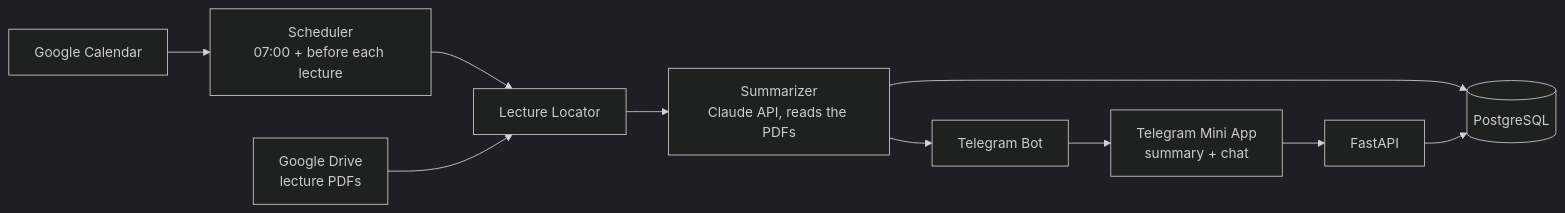
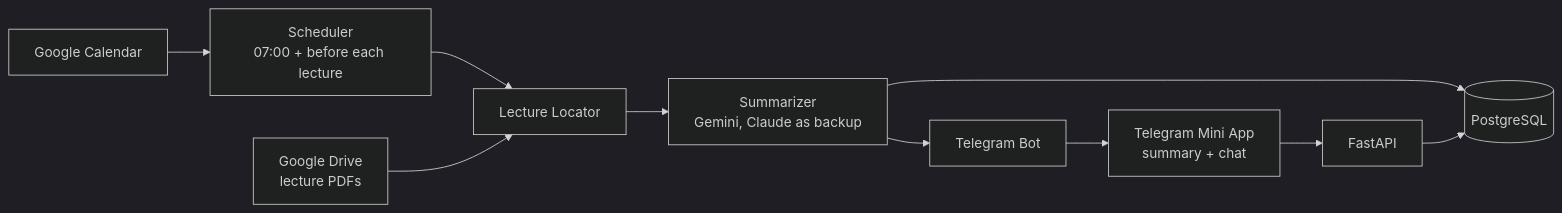
Before and after one commit to DorAvissar/lecture-prep: the diagram in README.md, drawn with Mermaid (dark theme). The commit also changed other lines of this file, not shown here.

````diff
--- a/README.md
+++ b/README.md
@@ -18,12 +18,12 @@
 ```mermaid
 flowchart LR
     Cal[Google Calendar] --> Sched[Scheduler<br/>07:00 + before each lecture]
     Sched --> Loc[Lecture Locator]
     GD[Google Drive<br/>lecture PDFs] --> Loc
-    Loc --> Sum[Summarizer<br/>Claude API, reads the PDFs]
+    Loc --> Sum[Summarizer<br/>Gemini, Claude as backup]
     Sum --> DB[(PostgreSQL)]
     Sum --> TG[Telegram Bot]
     TG --> Mini[Telegram Mini App<br/>summary + chat]
     Mini --> API[FastAPI]
     API --> DB
 ```
````
